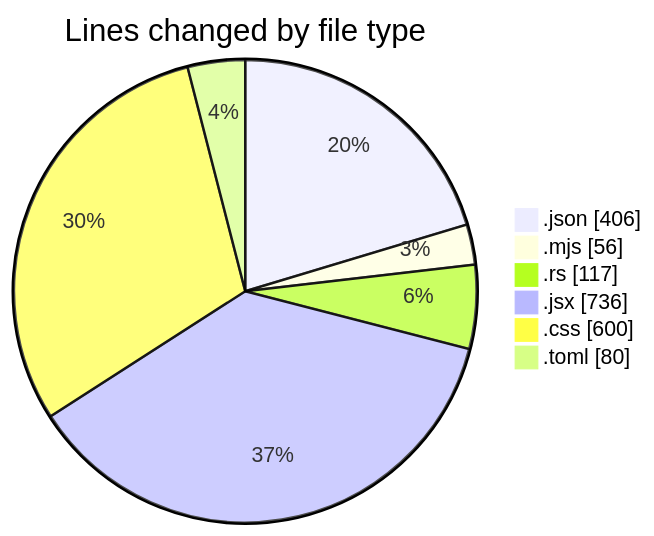
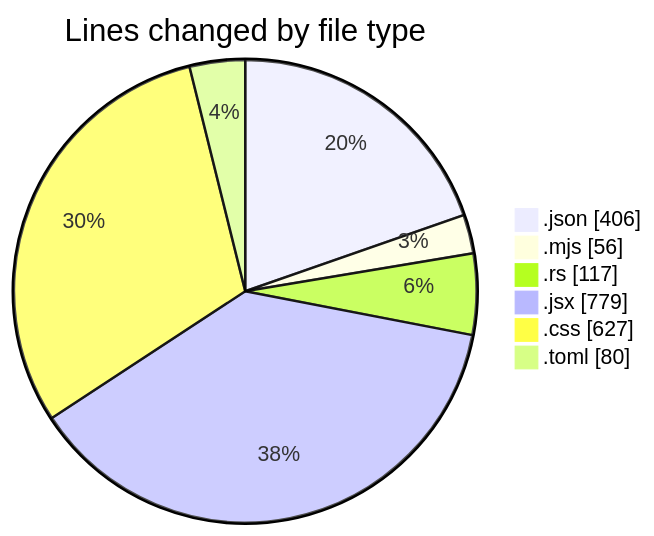
One commit to charlie-sans/code-tracking changed the first of 2 diagrams in 2025-01-28/trollerboard/README.md. Above: the diagram before and after it, drawn with Mermaid. The commit also changed other lines of this file and 1 other file, not shown here.

````diff
--- a/2025-01-28/trollerboard/README.md
+++ b/2025-01-28/trollerboard/README.md
@@ -29,10 +29,10 @@
 ```mermaid
 pie showData
 title Lines changed by file type
 ".json" : 406
 ".mjs" : 56
 ".rs" : 117
-".jsx" : 736
-".css" : 600
+".jsx" : 779
+".css" : 627
 ".toml" : 80
 ```
````
